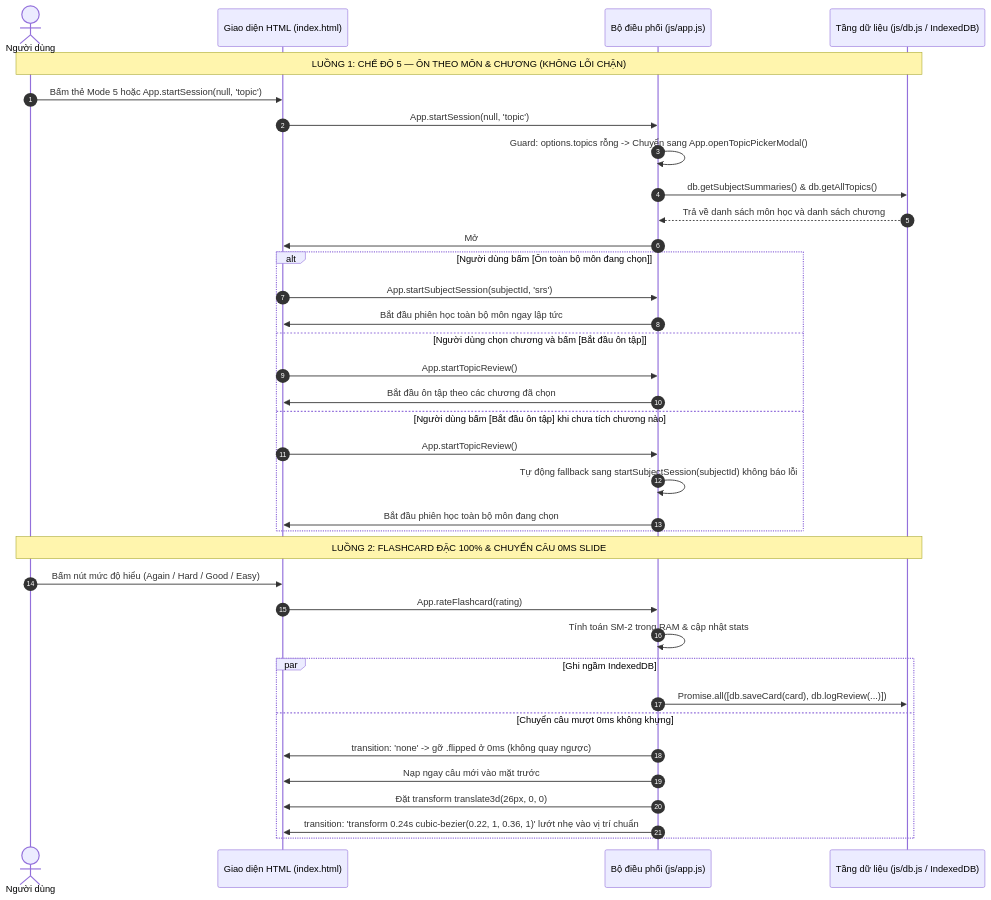
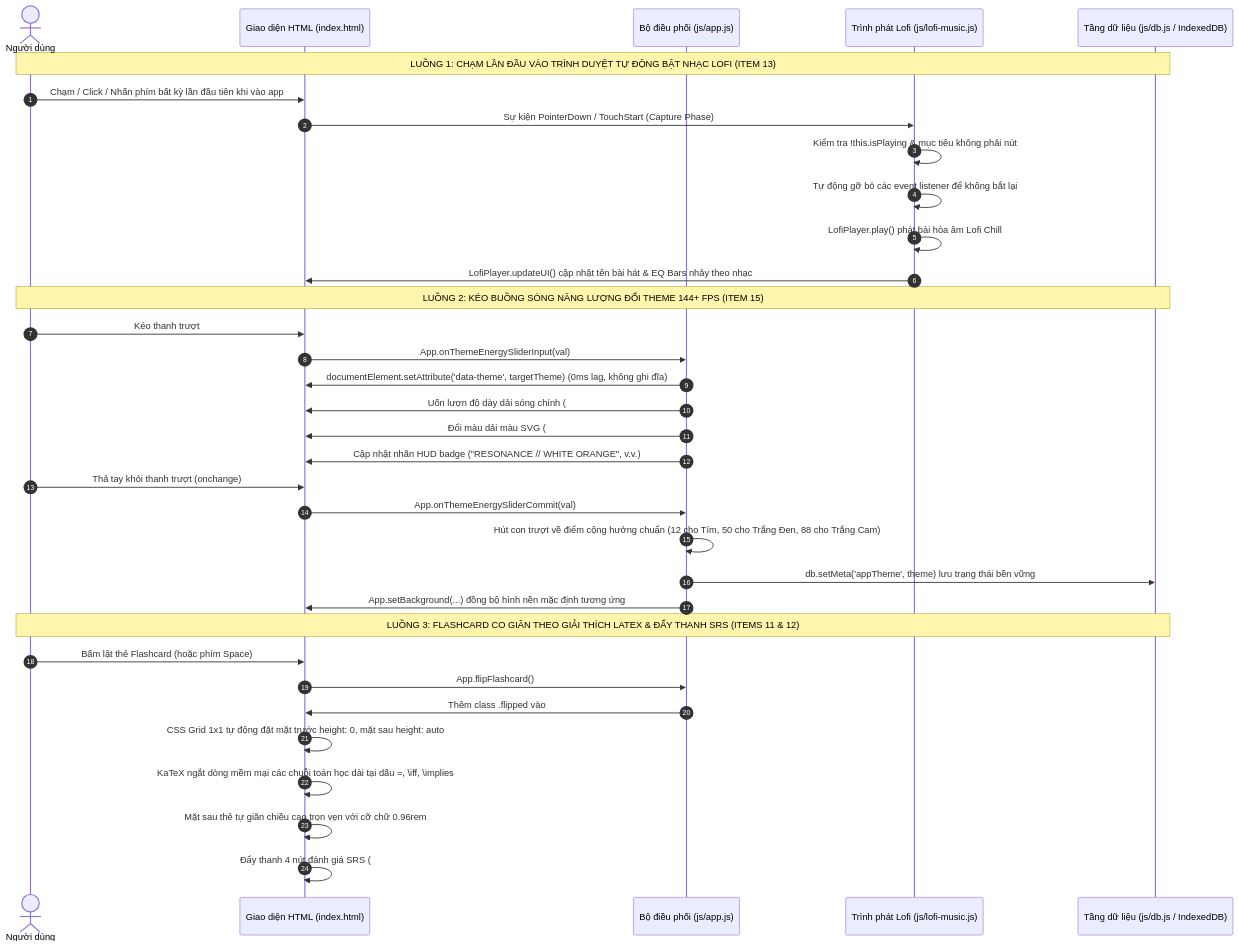
One commit to longcrpuen/tinhminhlaki changed the second of 2 diagrams in docs/ARCHITECTURE_GRAPH.md. Above: the diagram before and after it, drawn with Mermaid. The commit also changed other lines of this file and 8 other files, not shown here.

Commit message:
feat(1n): 15 UI/UX items - 135deg directional liquid glass, mobile bottom nav, latex wrap, lofi autoplay, energy wave & architecture map

````diff
--- a/docs/ARCHITECTURE_GRAPH.md
+++ b/docs/ARCHITECTURE_GRAPH.md
@@ -60,40 +78,39 @@
 ```mermaid
 sequenceDiagram
     autonumber
     actor User as Người dùng
     participant DOM as Giao diện HTML (index.html)
     participant App as Bộ điều phối (js/app.js)
+    participant Lofi as Trình phát Lofi (js/lofi-music.js)
     participant DB as Tầng dữ liệu (js/db.js / IndexedDB)
 
-    Note over User,DB: LUỒNG 1: CHẾ ĐỘ 5 — ÔN THEO MÔN & CHƯƠNG (KHÔNG LỖI CHẶN)
-    User->>DOM: Bấm thẻ Mode 5 hoặc App.startSession(null, 'topic')
-    DOM->>App: App.startSession(null, 'topic')
-    App->>App: Guard: options.topics rỗng -> Chuyển sang App.openTopicPickerModal()
-    App->>DB: db.getSubjectSummaries() & db.getAllTopics()
-    DB-->>App: Trả về danh sách môn học và danh sách chương
-    App->>DOM: Mở #modal-topic-picker hiển thị danh sách môn & chương
-    alt Người dùng bấm [Ôn toàn bộ môn đang chọn]
-        DOM->>App: App.startSubjectSession(subjectId, 'srs')
-        App->>DOM: Bắt đầu phiên học toàn bộ môn ngay lập tức
-    else Người dùng chọn chương và bấm [Bắt đầu ôn tập]
-        DOM->>App: App.startTopicReview()
-        App->>DOM: Bắt đầu ôn tập theo các chương đã chọn
-    else Người dùng bấm [Bắt đầu ôn tập] khi chưa tích chương nào
-        DOM->>App: App.startTopicReview()
-        App->>App: Tự động fallback sang startSubjectSession(subjectId) không báo lỗi
-        App->>DOM: Bắt đầu phiên học toàn bộ môn đang chọn
-    end
+    Note over User,DB: LUỒNG 1: CHẠM LẦN ĐẦU VÀO TRÌNH DUYỆT TỰ ĐỘNG BẬT NHẠC LOFI (ITEM 13)
+    User->>DOM: Chạm / Click / Nhấn phím bất kỳ lần đầu tiên khi vào app
+    DOM->>Lofi: Sự kiện PointerDown / TouchStart (Capture Phase)
+    Lofi->>Lofi: Kiểm tra !this.isPlaying & mục tiêu không phải nút #btn-lofi-toggle
+    Lofi->>Lofi: Tự động gỡ bỏ các event listener để không bắt lại
+    Lofi->>Lofi: LofiPlayer.play() phát bài hòa âm Lofi Chill
+    Lofi->>DOM: LofiPlayer.updateUI() cập nhật tên bài hát & EQ Bars nhảy theo nhạc
 
-    Note over User,DB: LUỒNG 2: FLASHCARD ĐẶC 100% & CHUYỂN CÂU 0MS SLIDE
-    User->>DOM: Bấm nút mức độ hiểu (Again / Hard / Good / Easy)
-    DOM->>App: App.rateFlashcard(rating)
-    App->>App: Tính toán SM-2 trong RAM & cập nhật stats
-    par Ghi ngầm IndexedDB
-        App->>DB: Promise.all([db.saveCard(card), db.logReview(...)])
-    and Chuyển câu mượt 0ms không khựng
-        App->>DOM: transition: 'none' -> gỡ .flipped ở 0ms (không quay ngược)
-        App->>DOM: Nạp ngay câu mới vào mặt trước
-        App->>DOM: Đặt transform translate3d(26px, 0, 0)
-        App->>DOM: transition: 'transform 0.24s cubic-bezier(0.22, 1, 0.36, 1)' lướt nhẹ vào vị trí chuẩn
-    end
+    Note over User,DB: LUỒNG 2: KÉO BUỒNG SÓNG NĂNG LƯỢNG ĐỔI THEME 144+ FPS (ITEM 15)
+    User->>DOM: Kéo thanh trượt #theme-energy-slider
+    DOM->>App: App.onThemeEnergySliderInput(val)
+    App->>DOM: documentElement.setAttribute('data-theme', targetTheme) (0ms lag, không ghi đĩa)
+    App->>DOM: Uốn lượn độ dày dải sóng chính (#energy-wave-main-path)
+    App->>DOM: Đổi màu dải màu SVG (#energy-wave-grad-primary & #energy-wave-area-fill)
+    App->>DOM: Cập nhật nhãn HUD badge ("RESONANCE // WHITE ORANGE", v.v.)
+    User->>DOM: Thả tay khỏi thanh trượt (onchange)
+    DOM->>App: App.onThemeEnergySliderCommit(val)
+    App->>App: Hút con trượt về điểm cộng hưởng chuẩn (12 cho Tím, 50 cho Trắng Đen, 88 cho Trắng Cam)
+    App->>DB: db.setMeta('appTheme', theme) lưu trạng thái bền vững
+    App->>DOM: App.setBackground(...) đồng bộ hình nền mặc định tương ứng
+
+    Note over User,DB: LUỒNG 3: FLASHCARD CO GIÃN THEO GIẢI THÍCH LATEX & ĐẨY THANH SRS (ITEMS 11 & 12)
+    User->>DOM: Bấm lật thẻ Flashcard (hoặc phím Space)
+    DOM->>App: App.flipFlashcard()
+    App->>DOM: Thêm class .flipped vào #active-flashcard
+    DOM->>DOM: CSS Grid 1x1 tự động đặt mặt trước height: 0, mặt sau height: auto
+    DOM->>DOM: KaTeX ngắt dòng mềm mại các chuỗi toán học dài tại dấu =, \iff, \implies
+    DOM->>DOM: Mặt sau thẻ tự giãn chiều cao trọn vẹn với cỡ chữ 0.96rem
+    DOM->>DOM: Đẩy thanh 4 nút đánh giá SRS (#flashcard-srs-bar) xuống dưới, bảo đảm không bao giờ bị đè!
 ```
````
